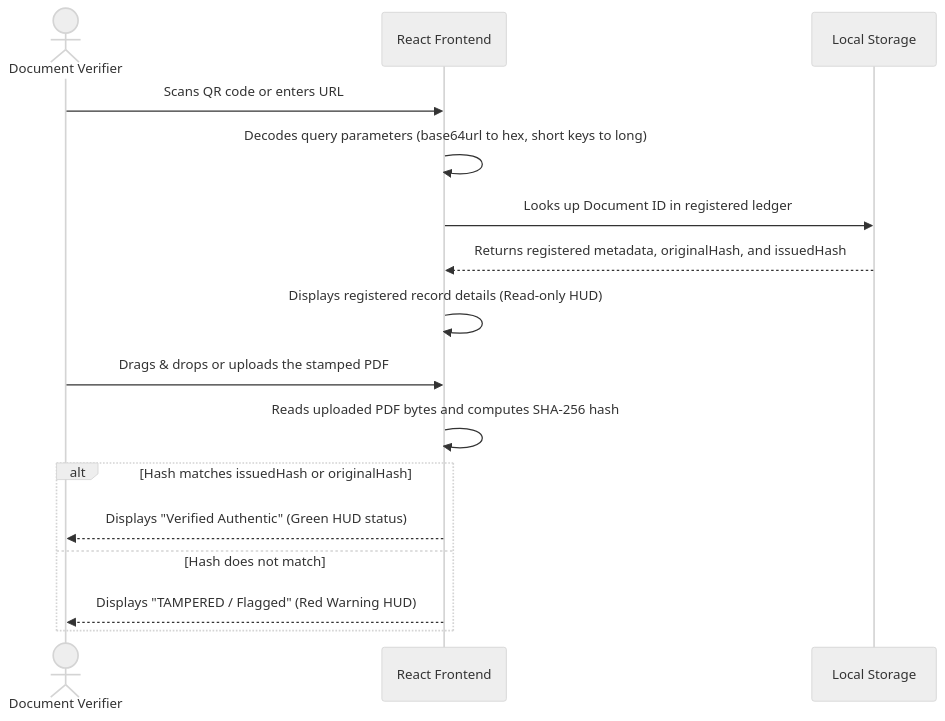
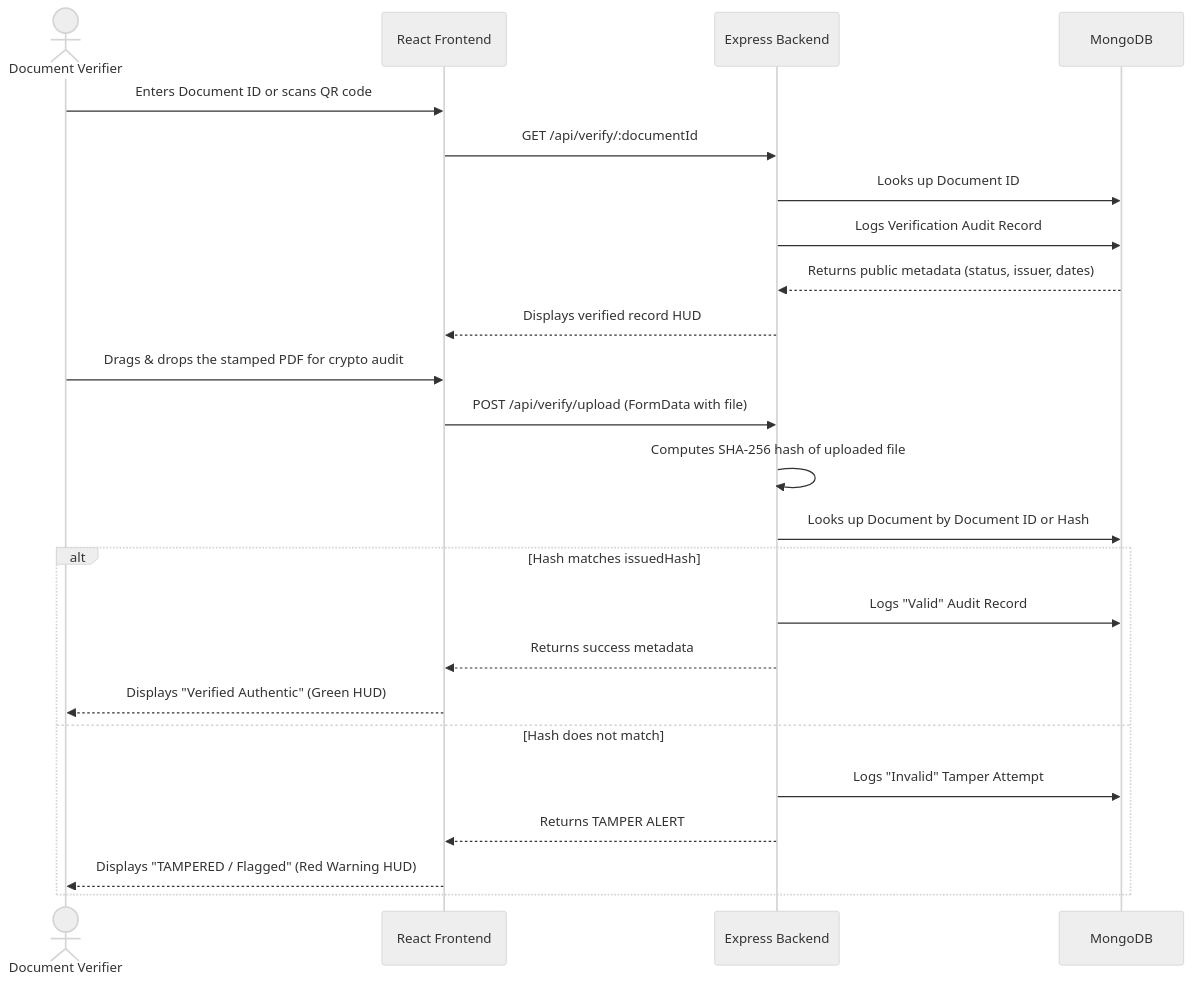
Before and after one commit to guru2k06/QR-Verification: the second of 2 diagrams in SYSTEM_WORKFLOW.md, drawn with Mermaid (neutral theme). The commit also changed other lines of this file and 6 other files, not shown here.

Commit message:
refactor: transition to server-side PDF processing and implement dual-hash verification flow

````diff
--- a/SYSTEM_WORKFLOW.md
+++ b/SYSTEM_WORKFLOW.md
@@ -48,19 +57,27 @@
 ```mermaid
 sequenceDiagram
     actor Verifier as Document Verifier
     participant UI as React Frontend
-    participant LS as Local Storage
+    participant API as Express Backend
+    participant DB as MongoDB
 
-    Verifier->>UI: Scans QR code or enters URL
-    UI->>UI: Decodes query parameters (base64url to hex, short keys to long)
-    UI->>LS: Looks up Document ID in registered ledger
-    LS-->>UI: Returns registered metadata, originalHash, and issuedHash
-    UI->>UI: Displays registered record details (Read-only HUD)
-    Verifier->>UI: Drags & drops or uploads the stamped PDF
-    UI->>UI: Reads uploaded PDF bytes and computes SHA-256 hash
-    alt Hash matches issuedHash or originalHash
-        UI-->>Verifier: Displays "Verified Authentic" (Green HUD status)
+    Verifier->>UI: Enters Document ID or scans QR code
+    UI->>API: GET /api/verify/:documentId
+    API->>DB: Looks up Document ID
+    API->>DB: Logs Verification Audit Record
+    DB-->>API: Returns public metadata (status, issuer, dates)
+    API-->>UI: Displays verified record HUD
+    Verifier->>UI: Drags & drops the stamped PDF for crypto audit
+    UI->>API: POST /api/verify/upload (FormData with file)
+    API->>API: Computes SHA-256 hash of uploaded file
+    API->>DB: Looks up Document by Document ID or Hash
+    alt Hash matches issuedHash
+        API->>DB: Logs "Valid" Audit Record
+        API-->>UI: Returns success metadata
+        UI-->>Verifier: Displays "Verified Authentic" (Green HUD)
     else Hash does not match
+        API->>DB: Logs "Invalid" Tamper Attempt
+        API-->>UI: Returns TAMPER ALERT
         UI-->>Verifier: Displays "TAMPERED / Flagged" (Red Warning HUD)
     end
 ```
````
